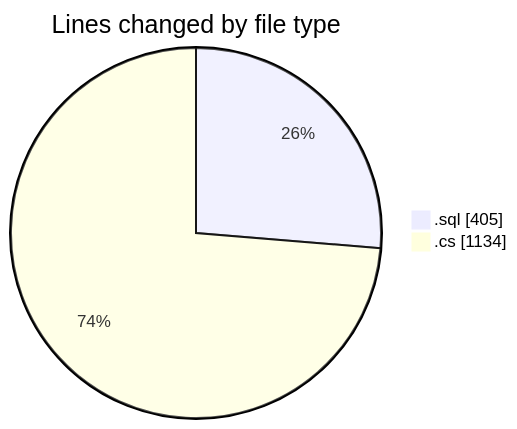
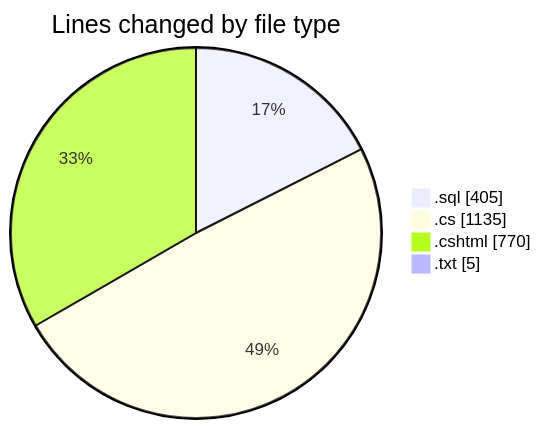
Before and after one commit to lephambinh05/code-tracking: the first of 2 diagrams in 2025-07-23/quanlyrapchieuphim/README.md, drawn with Mermaid. The commit also changed other lines of this file and 1 other file, not shown here.

````diff
--- a/2025-07-23/quanlyrapchieuphim/README.md
+++ b/2025-07-23/quanlyrapchieuphim/README.md
@@ -25,6 +27,8 @@
 ```mermaid
 pie showData
 title Lines changed by file type
 ".sql" : 405
-".cs" : 1134
+".cs" : 1135
+".cshtml" : 770
+".txt" : 5
 ```
````
